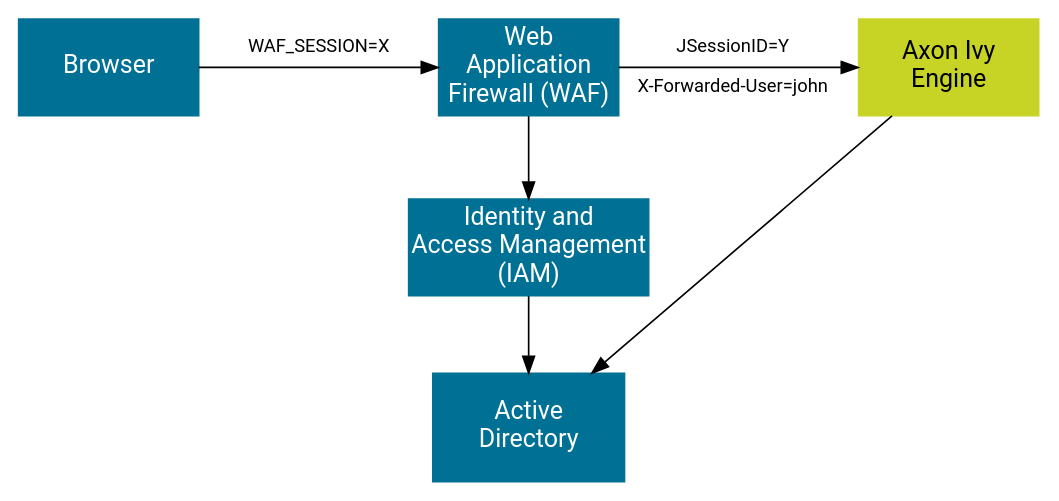
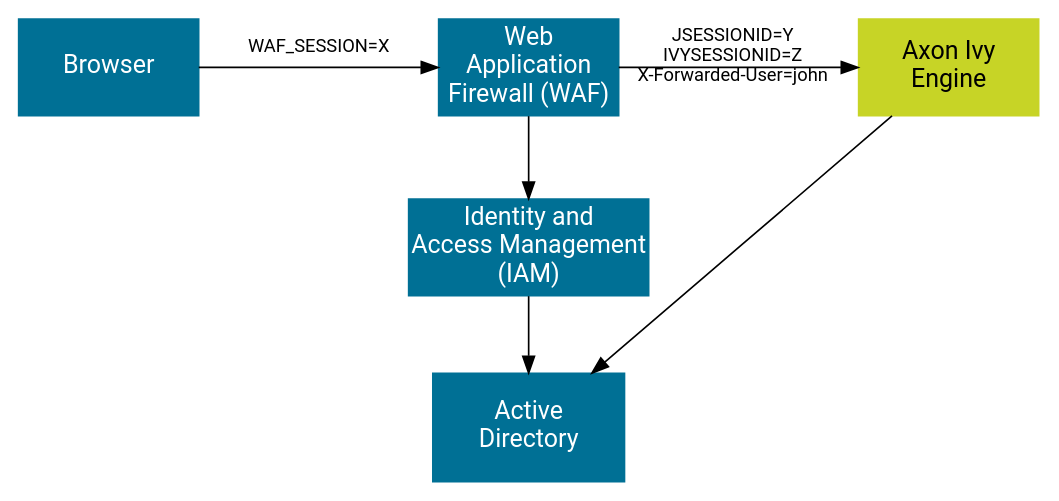
One commit to bernhardAxonIvy/doc changed the diagram in source/engine-guide/integration/single-sign-on/web-application-firewall/overview.dot. Above: the diagram before and after it, drawn with Graphviz. The commit also changed 1 other file, not shown here.

Commit message:
XIVY-13480 Document IVYSESSIONID

```diff
--- a/source/engine-guide/integration/single-sign-on/web-application-firewall/overview.dot
+++ b/source/engine-guide/integration/single-sign-on/web-application-firewall/overview.dot
@@ -1,27 +1,27 @@
 digraph overview {
   layout=neato;
   
   node [shape=box, height="0.8", width="2", color="#007095", style=filled, fixedsize="true", margin=0, 
         fontname="Roboto,Helvetica Neue,Arial,sans-serif", fontcolor="white", fontsize=15
        ]; 
     
   /* nodes */
   browser [label="Browser", pos="0.0,3.0!", height="0.8", width="1.5"];
 
   waf [label="Web\nApplication\nFirewall (WAF)",   pos="3.5,3.0!", height="0.8", width="1.5"];
   iam [label="Identity and\nAccess Management\n(IAM)", pos="3.5,1.5!", height="0.8", width="2.0"];
   ad [label="Active\nDirectory" pos="3.5,0!" height=0.9 width=1.6];
  
   engine [label="Axon Ivy\nEngine" pos="7,3!", height="0.8", width="1.5", color="#C7D426", fontcolor="black"];
   
   /* edges */
   browser -> waf;
   waf -> engine;
   engine -> ad;
   iam -> ad;
   waf -> iam;
 
   /* edge labels */
   browser_waf [label="WAF_SESSION=X\n \n ",                   pos="1.75,3.0!", shape=none, fillcolor=none, fontcolor="black", fontsize="11"];
-  waf_engine [label="JSessionID=Y\n \nX-Forwarded-User=john", pos="5.20,3.0!", shape=none, fillcolor=none, fontcolor="black", fontsize="11"];
+  waf_engine [label="JSESSIONID=Y\nIVYSESSIONID=Z\nX-Forwarded-User=john\n\n", pos="5.20,3.0!", shape=none, fillcolor=none, fontcolor="black", fontsize="11"];
 }
```
